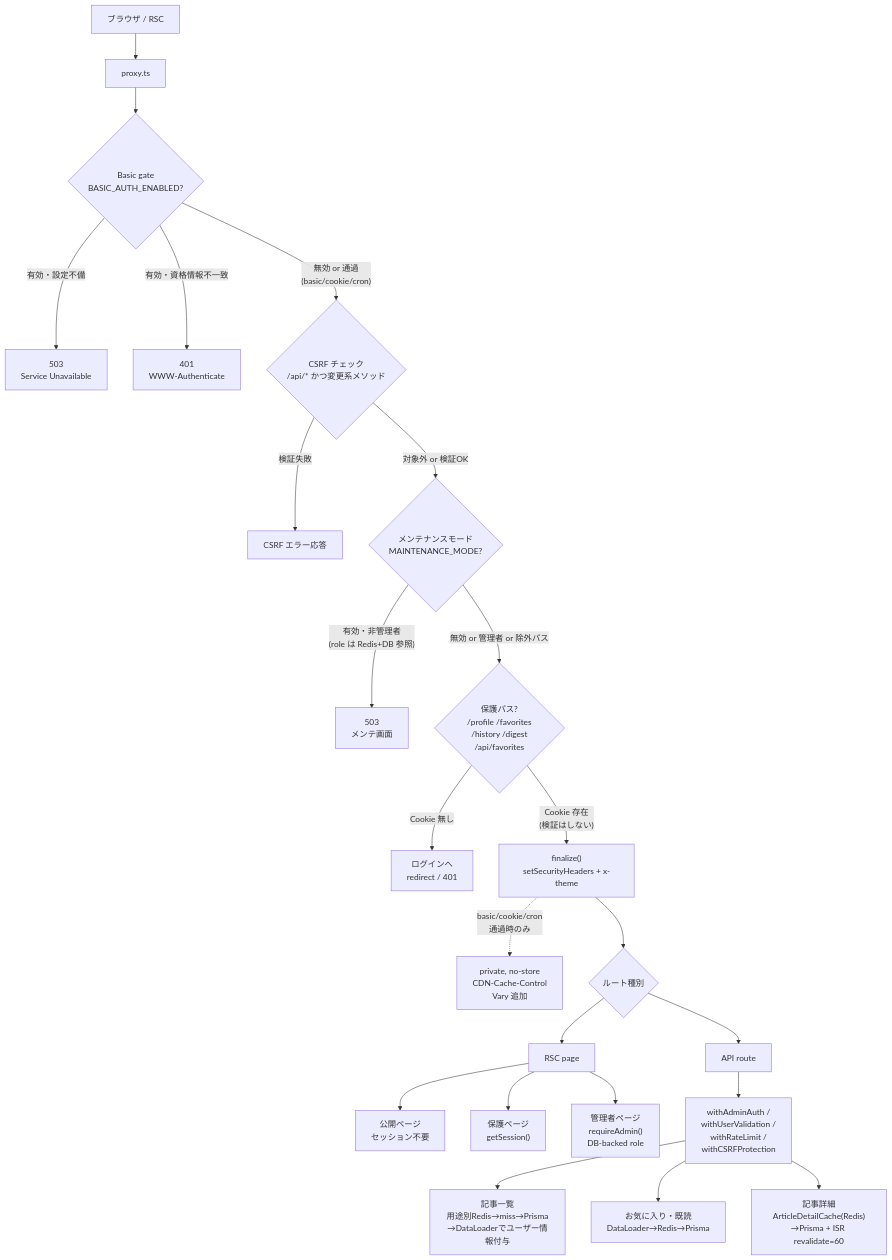
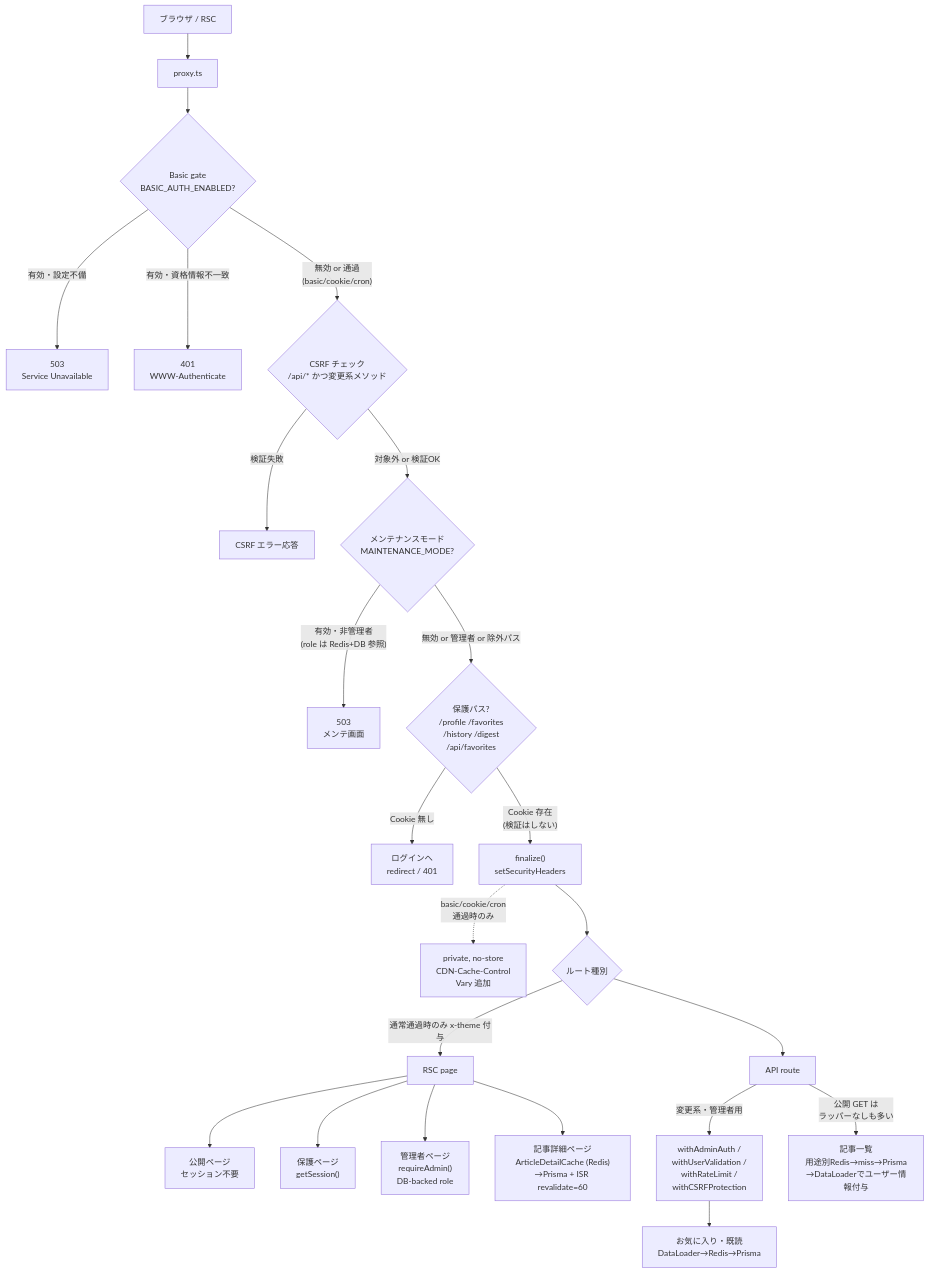
Before and after one commit to pawafulu7/techtrend: the first of 2 diagrams in docs/architecture/03-request-flow.md, drawn with Mermaid. The commit also changed other lines of this file and 8 other files, not shown here.

First line of the commit message:
docs(architecture): cross-review で判明した事実誤認を修正

````diff
--- a/docs/architecture/03-request-flow.md
+++ b/docs/architecture/03-request-flow.md
@@ -7,34 +7,33 @@
 ```mermaid
 flowchart TD
     Browser["ブラウザ / RSC"] --> Proxy["proxy.ts"]
 
     Proxy --> BasicGate{"Basic gate<br/>BASIC_AUTH_ENABLED?"}
     BasicGate -->|"有効・設定不備"| Err503["503<br/>Service Unavailable"]
     BasicGate -->|"有効・資格情報不一致"| Err401["401<br/>WWW-Authenticate"]
     BasicGate -->|"無効 or 通過<br/>(basic/cookie/cron)"| Csrf{"CSRF チェック<br/>/api/* かつ変更系メソッド"}
 
     Csrf -->|"検証失敗"| ErrCsrf["CSRF エラー応答"]
     Csrf -->|"対象外 or 検証OK"| Maint{"メンテナンスモード<br/>MAINTENANCE_MODE?"}
 
     Maint -->|"有効・非管理者<br/>(role は Redis+DB 参照)"| Err503b["503<br/>メンテ画面"]
     Maint -->|"無効 or 管理者 or 除外パス"| Protected{"保護パス?<br/>/profile /favorites<br/>/history /digest<br/>/api/favorites"}
 
     Protected -->|"Cookie 無し"| Redirect["ログインへ<br/>redirect / 401"]
-    Protected -->|"Cookie 存在<br/>(検証はしない)"| Finalize["finalize()<br/>setSecurityHeaders + x-theme"]
+    Protected -->|"Cookie 存在<br/>(検証はしない)"| Finalize["finalize()<br/>setSecurityHeaders"]
 
     Finalize -.->|"basic/cookie/cron<br/>通過時のみ"| GateHeaders["private, no-store<br/>CDN-Cache-Control<br/>Vary 追加"]
 
     Finalize --> RouteType{"ルート種別"}
-    RouteType --> RSC["RSC page"]
+    RouteType -->|"通常通過時のみ x-theme 付与"| RSC["RSC page"]
     RouteType --> ApiRoute["API route"]
 
     RSC --> PublicPage["公開ページ<br/>セッション不要"]
     RSC --> ProtectedPage["保護ページ<br/>getSession()"]
     RSC --> AdminPage["管理者ページ<br/>requireAdmin()<br/>DB-backed role"]
+    RSC --> ArticleDetail["記事詳細ページ<br/>ArticleDetailCache (Redis)<br/>→Prisma + ISR revalidate=60"]
 
-    ApiRoute --> ApiWrap["withAdminAuth /<br/>withUserValidation /<br/>withRateLimit /<br/>withCSRFProtection"]
-
-    ApiWrap --> ArticleList["記事一覧<br/>用途別Redis→miss→Prisma<br/>→DataLoaderでユーザー情報付与"]
+    ApiRoute -->|"変更系・管理者用"| ApiWrap["withAdminAuth /<br/>withUserValidation /<br/>withRateLimit /<br/>withCSRFProtection"]
+    ApiRoute -->|"公開 GET は<br/>ラッパーなしも多い"| ArticleList["記事一覧<br/>用途別Redis→miss→Prisma<br/>→DataLoaderでユーザー情報付与"]
     ApiWrap --> FavHistory["お気に入り・既読<br/>DataLoader→Redis→Prisma"]
-    ApiWrap --> ArticleDetail["記事詳細<br/>ArticleDetailCache(Redis)<br/>→Prisma + ISR revalidate=60"]
 ```
````
